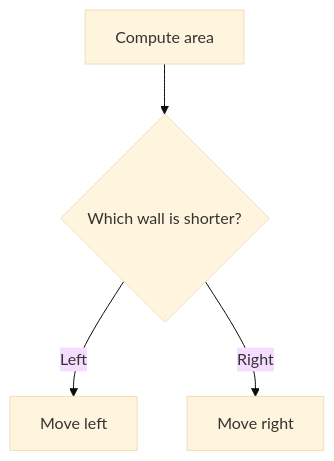
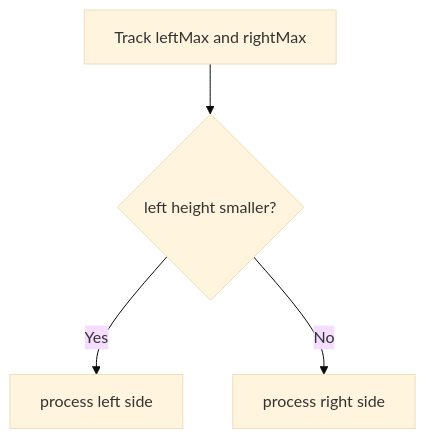
Before and after one commit to mthaiseer/springcloud-systemdesign-notes: diagram 33 of 36 in CP_DSA_NOTES/CONCEPT_FRAMEWORK_FORMS_TATICS/two_pointers_sliding_window_playbook.md, drawn with Mermaid (base theme). The commit also changed other lines of this file, not shown here.

````diff
--- a/CP_DSA_NOTES/CONCEPT_FRAMEWORK_FORMS_TATICS/two_pointers_sliding_window_playbook.md
+++ b/CP_DSA_NOTES/CONCEPT_FRAMEWORK_FORMS_TATICS/two_pointers_sliding_window_playbook.md
@@ -462,6 +1149,6 @@
 ```mermaid
 flowchart TD
-    A["Compute area"] --> B{"Which wall is shorter?"}
-    B -->|"Left"| C["Move left"]
-    B -->|"Right"| D["Move right"]
+    A["Track leftMax and rightMax"] --> B{"left height smaller?"}
+    B -->|"Yes"| C["process left side"]
+    B -->|"No"| D["process right side"]
 ```
````
